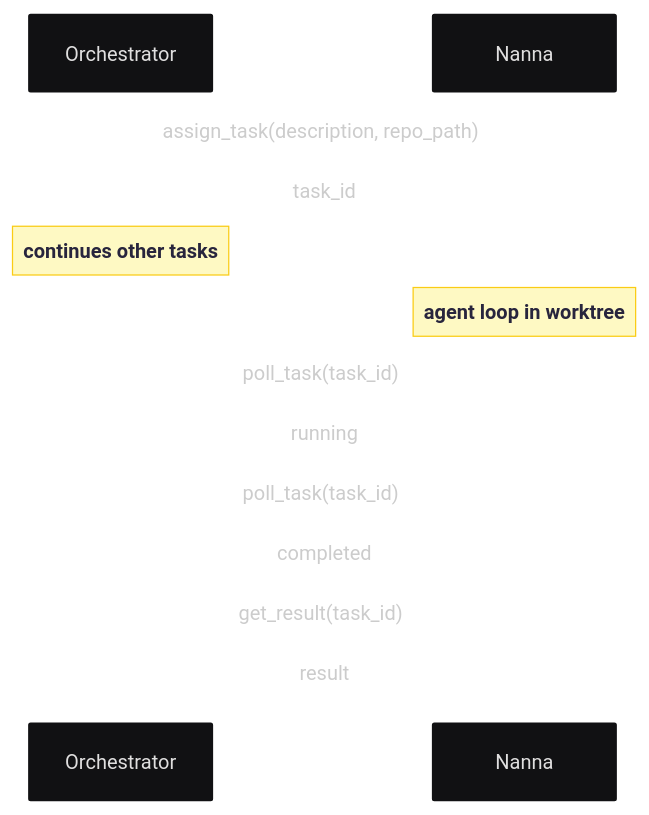
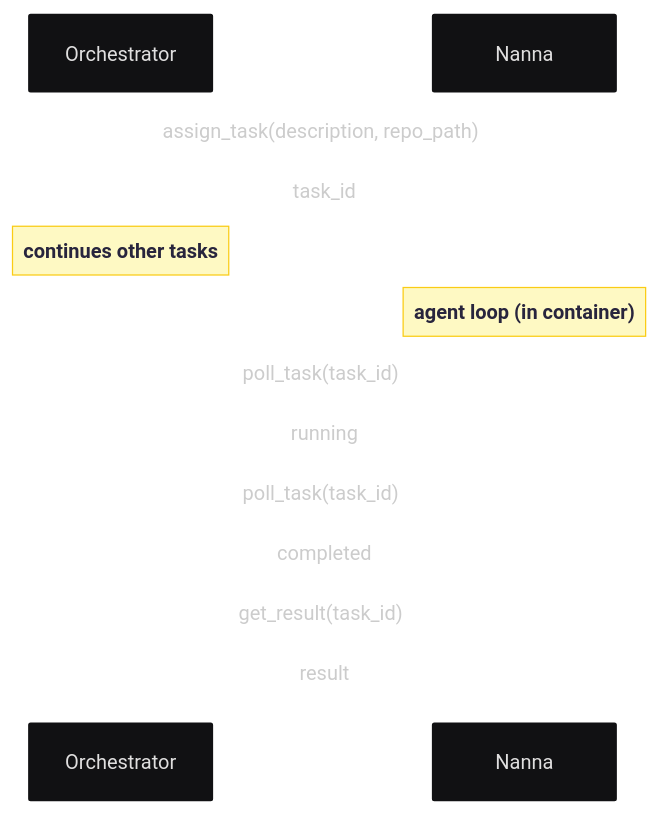
The second of 4 diagrams in ARCHITECTURE.md (DominicBurkart/nanna-coder), drawn with Mermaid before and after one commit.

Commit message:
Update note in architecture diagram for clarity

````diff
--- a/ARCHITECTURE.md
+++ b/ARCHITECTURE.md
@@ -56,20 +56,20 @@
 ```mermaid
 ---
 config:
   theme: redux-dark
   layout: dagre
 ---
 sequenceDiagram
     participant O as Orchestrator
     participant N as Nanna
     O->>N: assign_task(description, repo_path)
     N-->>O: task_id
     Note over O: continues other tasks
-    Note over N: agent loop in worktree
+    Note over N: agent loop (in container)
     O->>N: poll_task(task_id)
     N-->>O: running
     O->>N: poll_task(task_id)
     N-->>O: completed
     O->>N: get_result(task_id)
     N-->>O: result
 ```
````
